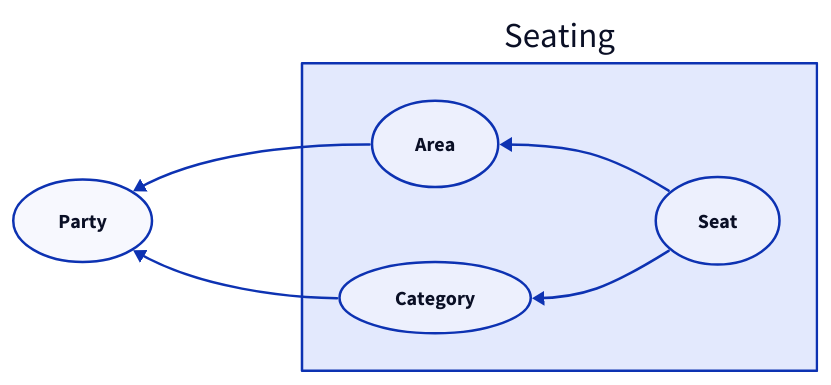
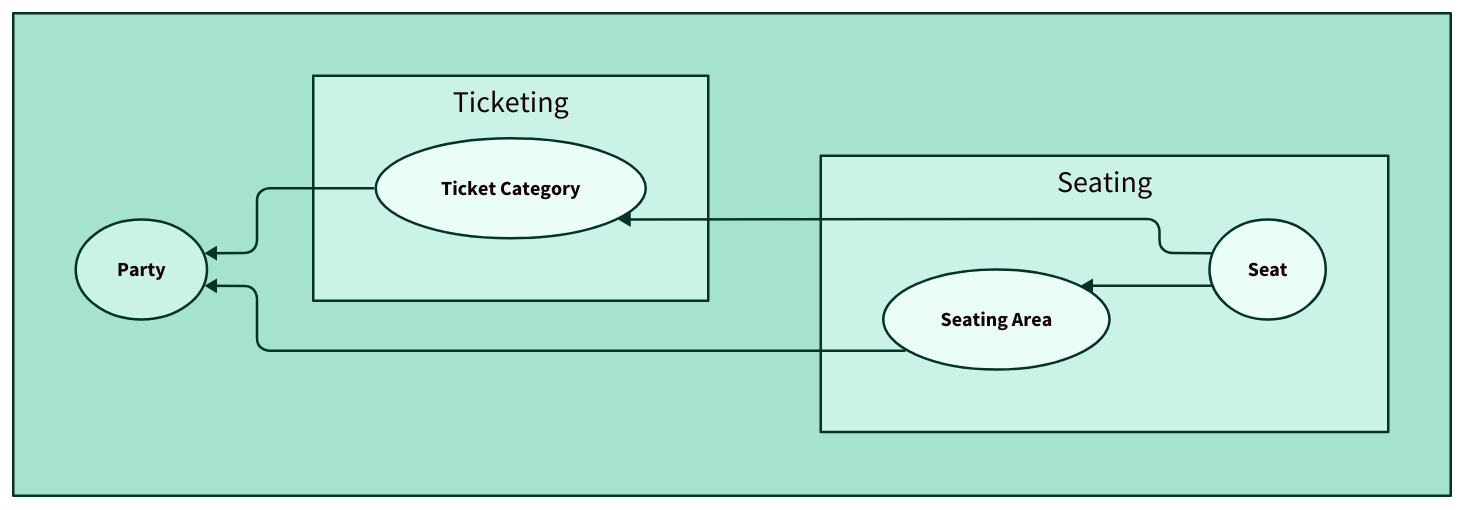
Before and after one commit to byceps/byceps: the diagram in docs/blueprints/seating/structure.d2, drawn with D2. The commit also changed 12 other files, not shown here.

First line of the commit message:
Recreate diagram images in documentation

```diff
--- a/docs/blueprints/seating/structure.d2
+++ b/docs/blueprints/seating/structure.d2
@@ -1,17 +1,33 @@
-# layout: dagre
+vars: {
+  d2-config: {
+    layout-engine: elk
+    theme-id: 104
+  }
+}
 
 direction: left
 
-Party: {shape: oval}
-
-Seating: {
-  Area: {shape: oval}
-  Category: {shape: oval}
-  Seat: {shape: oval}
-
-  Seat -> Area
-  Seat -> Category
+classes: {
+  entity: {
+    shape: oval
+    height: 80
+  }
 }
 
-Seating.Area -> Party
-Seating.Category -> Party
+container: "" {
+  Party: { class: entity }
+
+  Ticketing: {
+    Ticket Category: { class: entity }
+  }
+
+  Seating: {
+    Seating Area: { class: entity }
+    Seat: { class: entity }
+  }
+
+  Ticketing.Ticket Category -> Party
+  Seating.Seating Area -> Party
+  Seating.Seat -> Seating.Seating Area
+  Seating.Seat -> Ticketing.Ticket Category
+}
```
